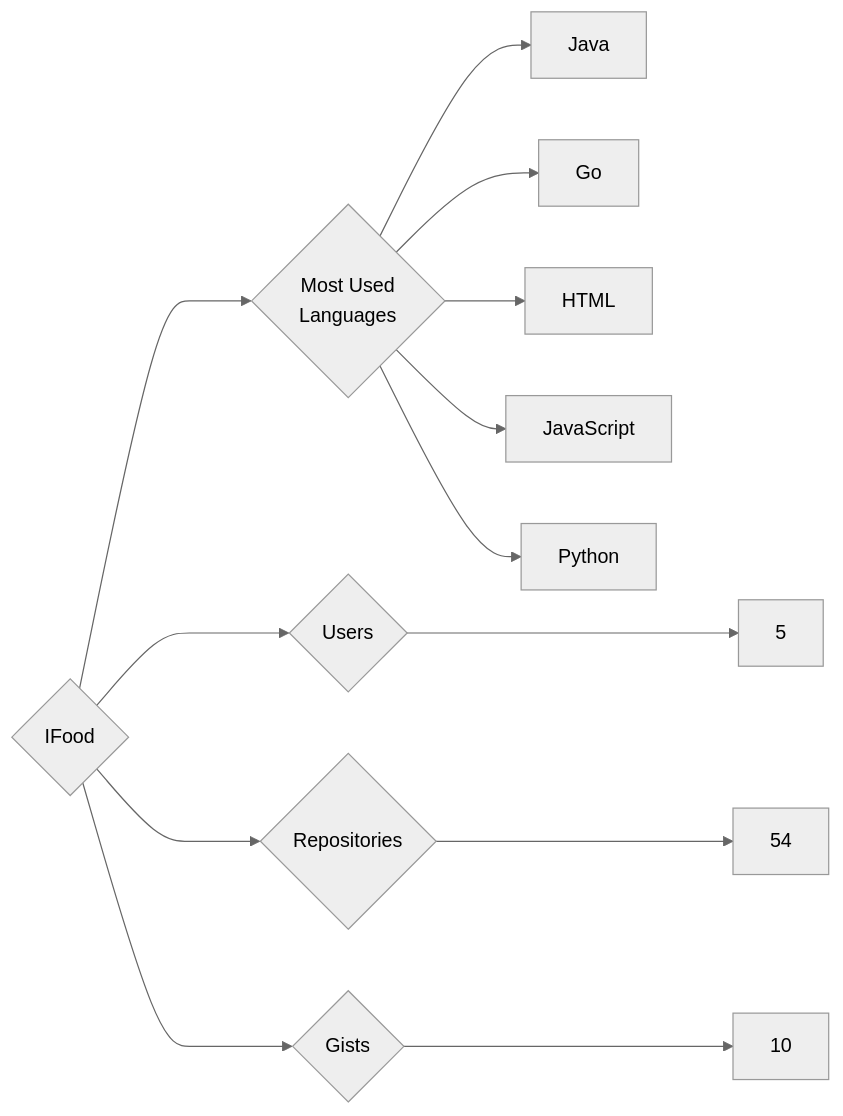
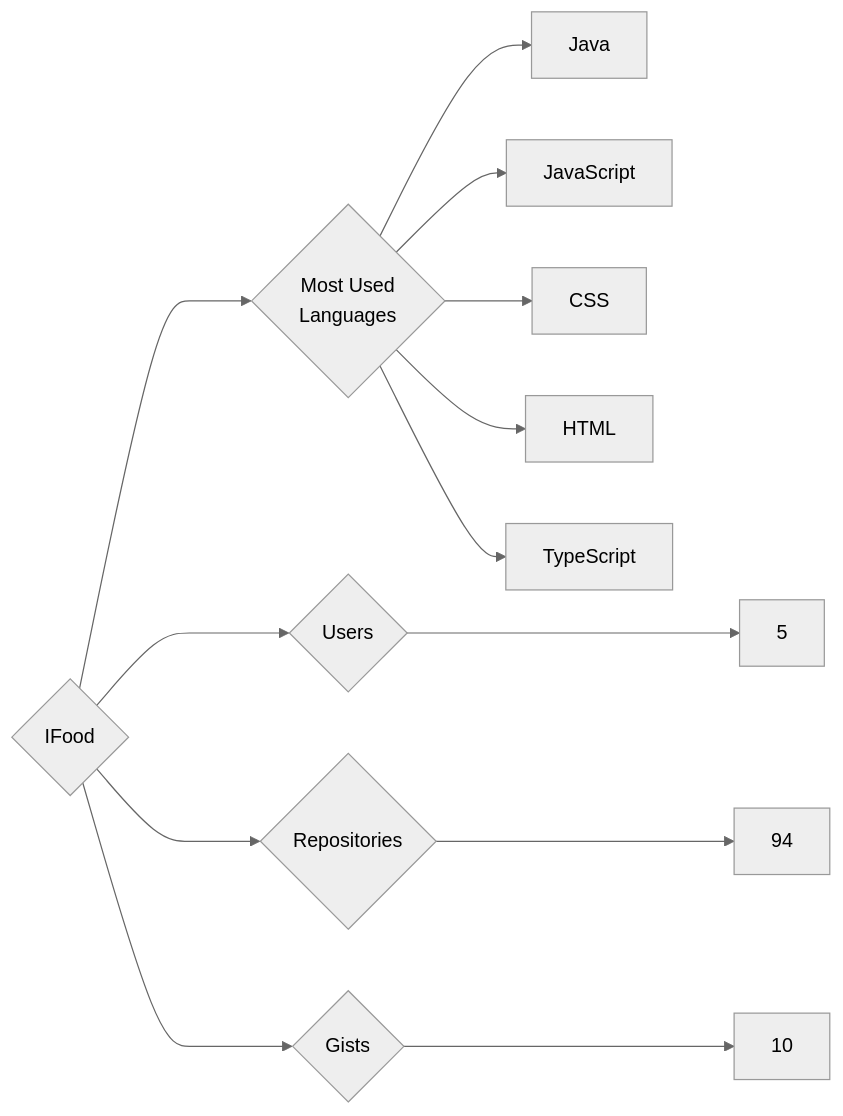
One commit to trickest/insiders changed the diagram in targets/IFood/README.md. Above: the diagram before and after it, drawn with Mermaid (neutral theme). The commit also changed 938 other files, not shown here.

````diff
--- a/targets/IFood/README.md
+++ b/targets/IFood/README.md
@@ -3,13 +3,13 @@
 ```mermaid
 graph LR
 COMPANY_NAME{IFood}
 COMPANY_NAME ---> U{Users} ---> UN[5]
-COMPANY_NAME ---> R{Repositories} ---> RN[54]
+COMPANY_NAME ---> R{Repositories} ---> RN[94]
 COMPANY_NAME ---> G{Gists} ---> GN[10]
 COMPANY_NAME ---> ML{Most Used<br>Languages}
 ML --> Java[Java]
-ML --> Go[Go]
+ML --> JavaScript[JavaScript]
+ML --> CSS[CSS]
 ML --> HTML[HTML]
-ML --> JavaScript[JavaScript]
-ML --> Python[Python]
+ML --> TypeScript[TypeScript]
 ```
````
